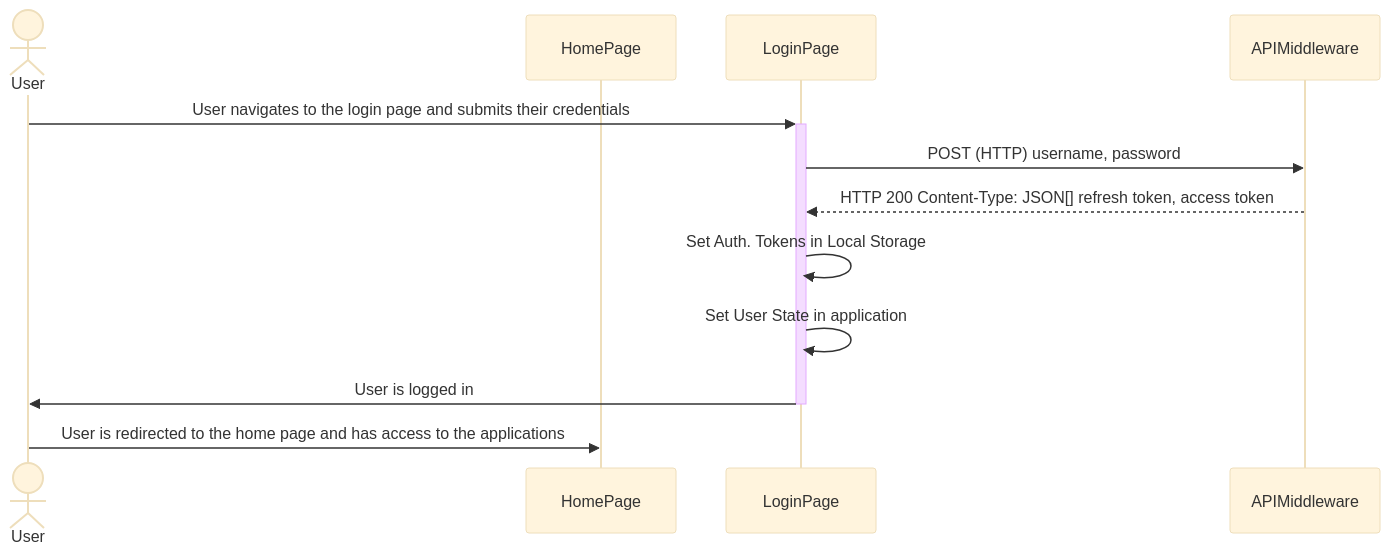
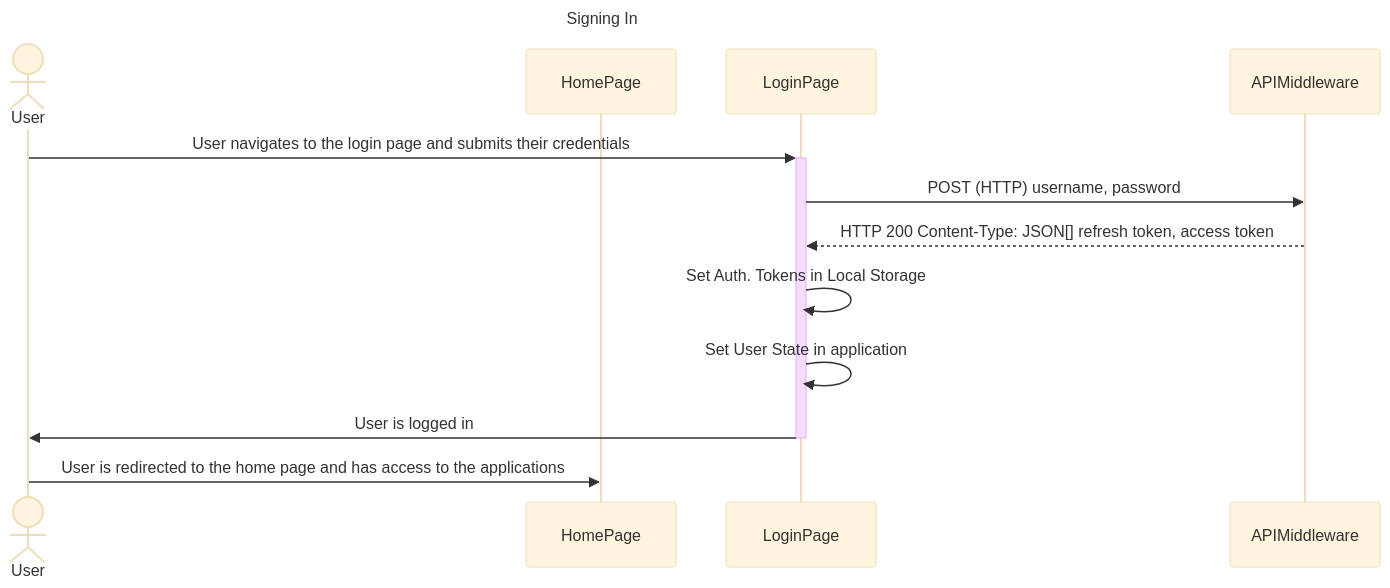
The second of 7 diagrams in documentation/docs/system-architecture/sequence-diagrams.md (Capstone-Projects-2023-Spring/project-virtual-pet), drawn with Mermaid (base theme) before and after one commit. The commit also changed other lines of this file and 1 other file, not shown here.

````diff
--- a/documentation/docs/system-architecture/sequence-diagrams.md
+++ b/documentation/docs/system-architecture/sequence-diagrams.md
@@ -58,15 +53,16 @@
 ```mermaid
 sequenceDiagram
+title Signing In
     actor User
     participant HomePage
     participant LoginPage
     participant APIMiddleware
 
     User->>+LoginPage: User navigates to the login page and submits their credentials
     LoginPage->>APIMiddleware: POST (HTTP) username, password
     APIMiddleware-->>LoginPage: HTTP 200 Content-Type: JSON[] refresh token, access token
     LoginPage->>LoginPage: Set Auth. Tokens in Local Storage
     LoginPage->>LoginPage: Set User State in application
     LoginPage->>-User: User is logged in
     User->>HomePage: User is redirected to the home page and has access to the applications
 ```
````
